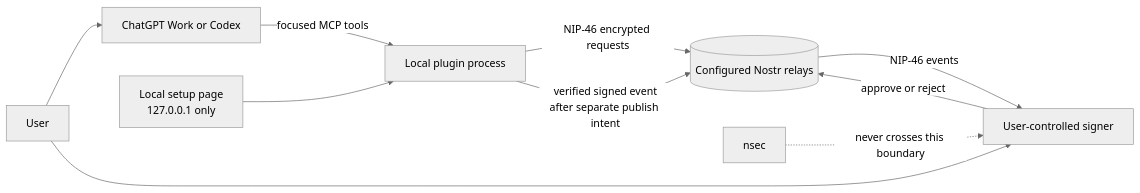
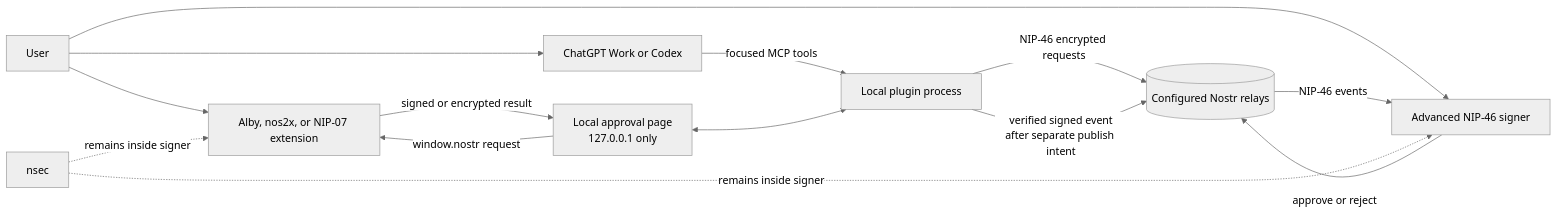
The diagram in README.md (hudhaifahz/nostr-signer-chatgpt), drawn with Mermaid (neutral theme) before and after one commit. The commit also changed other lines of this file and 26 other files, not shown here.

Commit message:
feat: add NIP-07 browser extension signing

````diff
--- a/README.md
+++ b/README.md
@@ -21,13 +21,17 @@
 ```mermaid
 flowchart LR
   U[User] --> C[ChatGPT Work or Codex]
-  U --> S[User-controlled signer]
+  U --> E[Alby, nos2x, or NIP-07 extension]
+  U --> S[Advanced NIP-46 signer]
   C -->|focused MCP tools| P[Local plugin process]
-  B[Local setup page\n127.0.0.1 only] --> P
+  B[Local approval page\n127.0.0.1 only] <--> P
+  B -->|window.nostr request| E
+  E -->|signed or encrypted result| B
   P -->|NIP-46 encrypted requests| R[(Configured Nostr relays)]
   R -->|NIP-46 events| S
   S -->|approve or reject| R
   P -->|verified signed event\nafter separate publish intent| R
 
-  K[nsec] -. never crosses this boundary .-> S
+  K[nsec] -. remains inside signer .-> E
+  K -. remains inside signer .-> S
 ```
````
